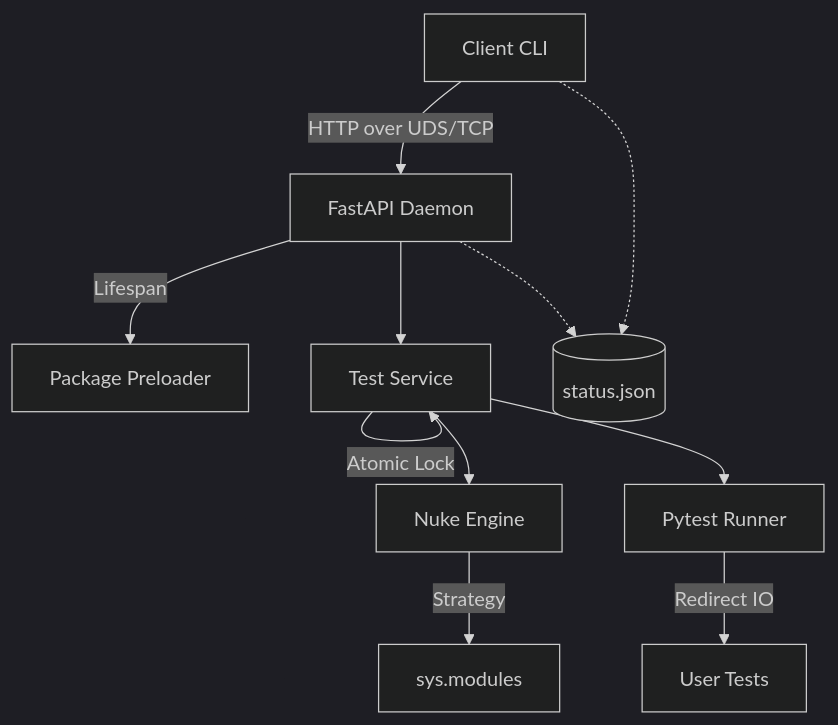
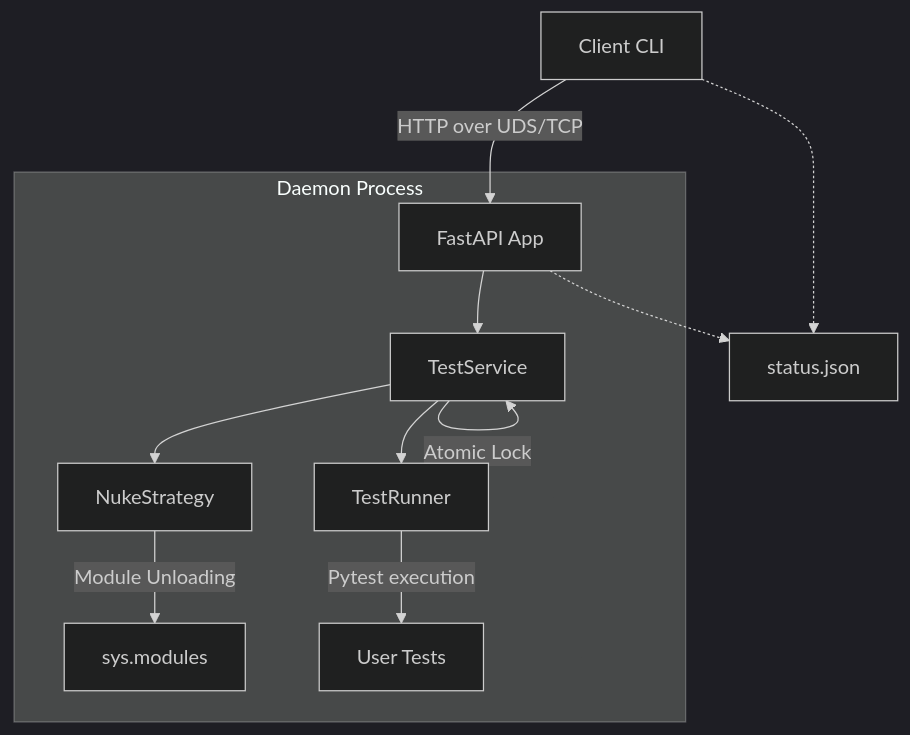
Before and after one commit to QingGo/sprintest: the first of 2 diagrams in README.md, drawn with Mermaid (dark theme). The commit also changed other lines of this file and 1 other file, not shown here.

Commit message:
docs: add system architecture and test execution flow diagrams to README files

````diff
--- a/README.md
+++ b/README.md
@@ -44,13 +45,14 @@
 ```mermaid
 graph TD
-    Client[Client CLI] -->|HTTP over UDS/TCP| Daemon[FastAPI Daemon]
-    Daemon -->|Lifespan| Preloader[Package Preloader]
-    Daemon --> Service[Test Service]
-    Service -->|Atomic Lock| Service
-    Service --> Nuke[Nuke Engine]
-    Nuke -->|Strategy| PySys[sys.modules]
-    Service --> Runner[Pytest Runner]
-    Runner -->|Redirect IO| Tests[User Tests]
-    Daemon -.-> Status[(status.json)]
+    Client["Client CLI"] -->|HTTP over UDS/TCP| App["FastAPI App"]
+    subgraph "Daemon Process"
+        App --> Service["TestService"]
+        Service -->|Atomic Lock| Service
+        Service --> Nuke["NukeStrategy"]
+        Nuke -->|Module Unloading| PySys[sys.modules]
+        Service --> Runner["TestRunner"]
+        Runner -->|Pytest execution| Tests["User Tests"]
+    end
+    App -.-> Status["status.json"]
     Client -.-> Status
 ```
````
